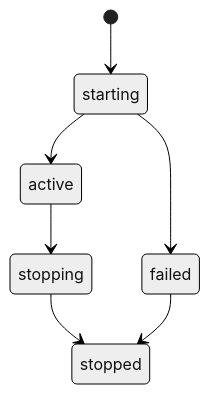
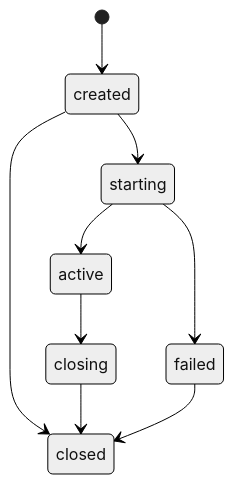
Before and after one commit to mfat/sshpilot: the fifth of 5 diagrams in docs/api/state-machines.md, drawn with Mermaid (neutral theme). The commit also changed other lines of this file and 33 other files, not shown here.

````diff
--- a/docs/api/state-machines.md
+++ b/docs/api/state-machines.md
@@ -126,9 +131,11 @@
 ```mermaid
 stateDiagram-v2
-    [*] --> starting
+    [*] --> created
+    created --> starting
+    created --> closed
     starting --> active
     starting --> failed
-    active --> stopping
-    stopping --> stopped
-    failed --> stopped
+    active --> closing
+    closing --> closed
+    failed --> closed
 ```
````
